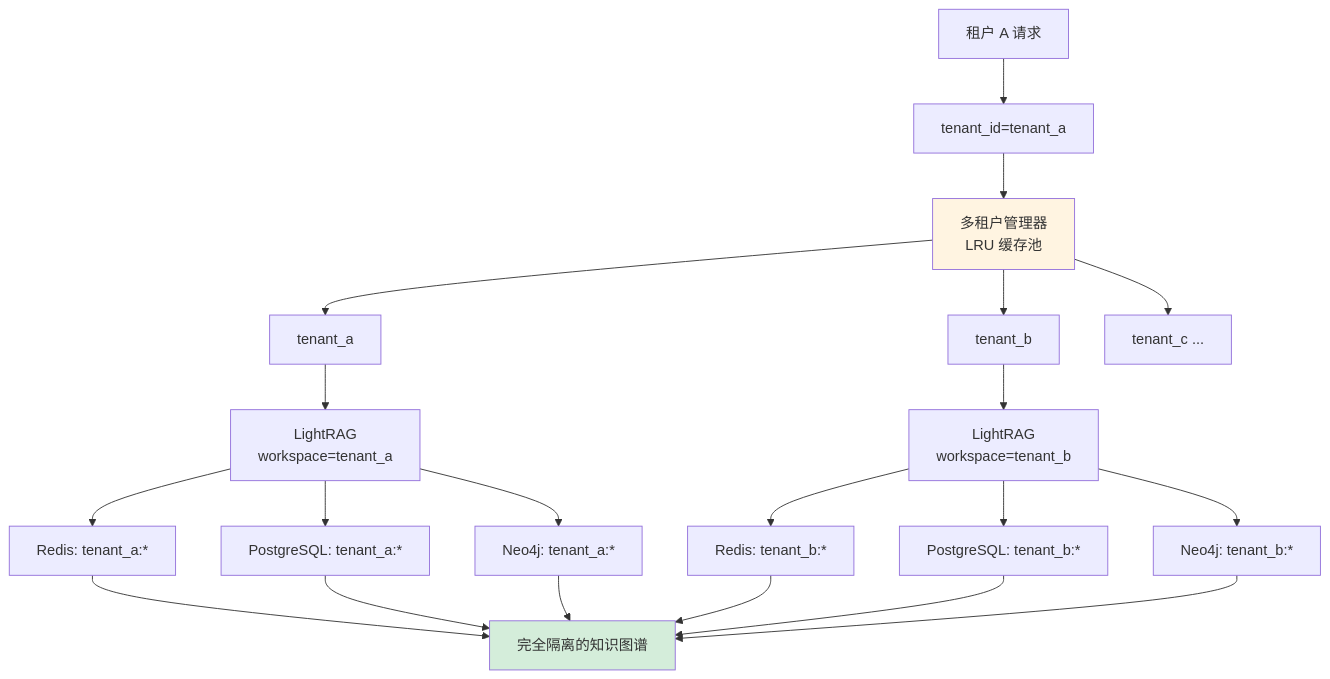
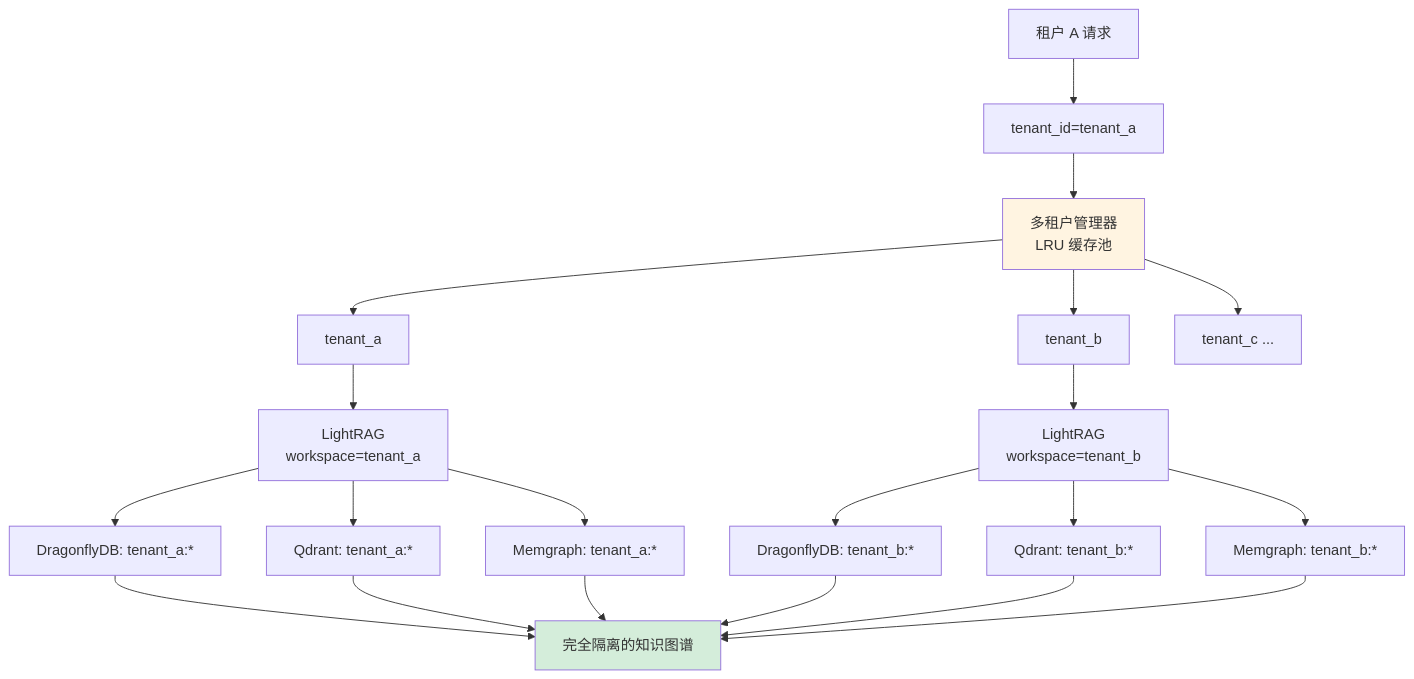
The second of 8 diagrams in docs/ARCHITECTURE.md (BukeLy/rag-api), drawn with Mermaid before and after one commit. The commit also changed other lines of this file and 3 other files, not shown here.

First line of the commit message:
feat: 更新外部存储架构，集成 DragonflyDB、Qdrant 和 Memgraph

````diff
--- a/docs/ARCHITECTURE.md
+++ b/docs/ARCHITECTURE.md
@@ -71,25 +71,25 @@
 ```mermaid
 flowchart TD
     A[租户 A 请求] --> B[tenant_id=tenant_a]
     B --> C[多租户管理器<br/>LRU 缓存池]
 
     C --> D1[tenant_a]
     C --> D2[tenant_b]
     C --> D3[tenant_c ...]
 
     D1 --> E1[LightRAG<br/>workspace=tenant_a]
-    E1 --> F1[Redis: tenant_a:*]
-    E1 --> F2[PostgreSQL: tenant_a:*]
-    E1 --> F3[Neo4j: tenant_a:*]
+    E1 --> F1[DragonflyDB: tenant_a:*]
+    E1 --> F2[Qdrant: tenant_a:*]
+    E1 --> F3[Memgraph: tenant_a:*]
 
     D2 --> E2[LightRAG<br/>workspace=tenant_b]
-    E2 --> G1[Redis: tenant_b:*]
-    E2 --> G2[PostgreSQL: tenant_b:*]
-    E2 --> G3[Neo4j: tenant_b:*]
+    E2 --> G1[DragonflyDB: tenant_b:*]
+    E2 --> G2[Qdrant: tenant_b:*]
+    E2 --> G3[Memgraph: tenant_b:*]
 
     F1 & F2 & F3 --> H[完全隔离的知识图谱]
     G1 & G2 & G3 --> H
 
     style C fill:#fff4e1
     style H fill:#d4edda
 ```
````
